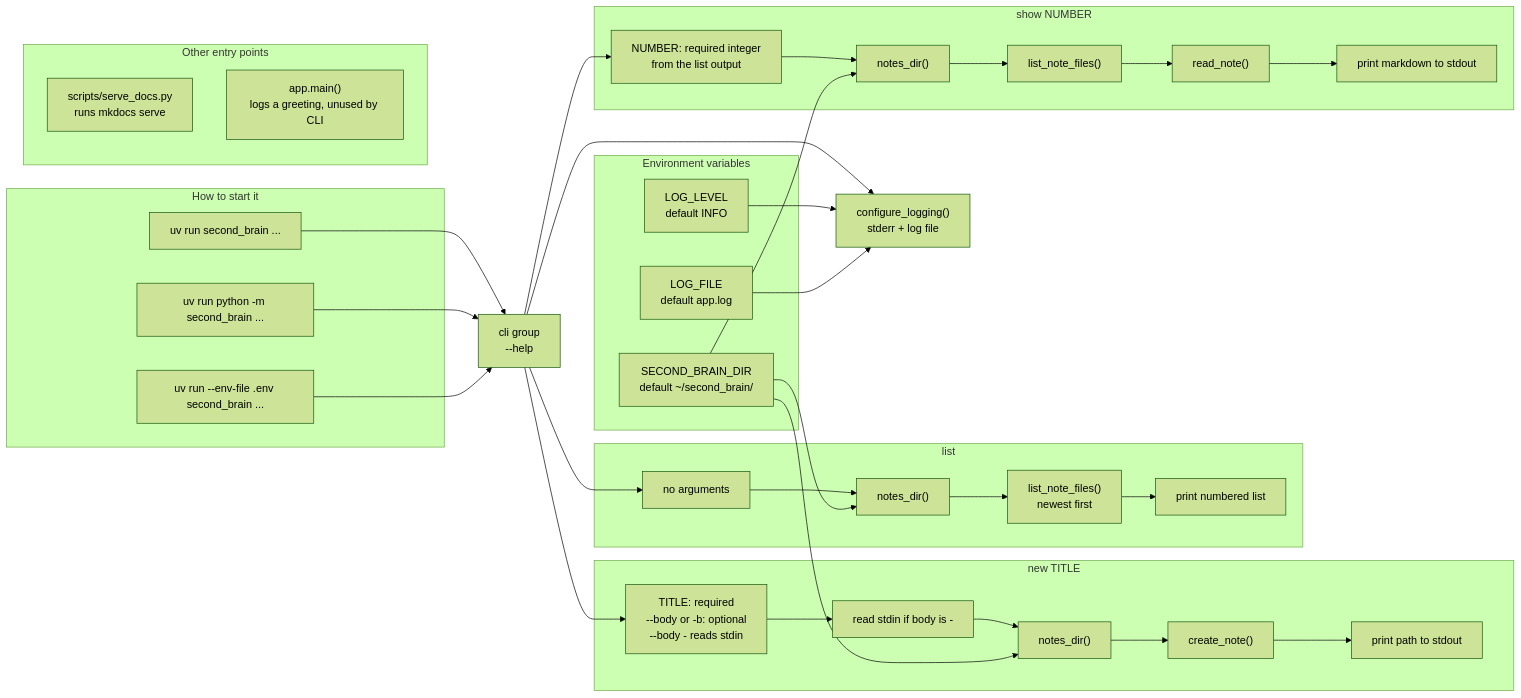
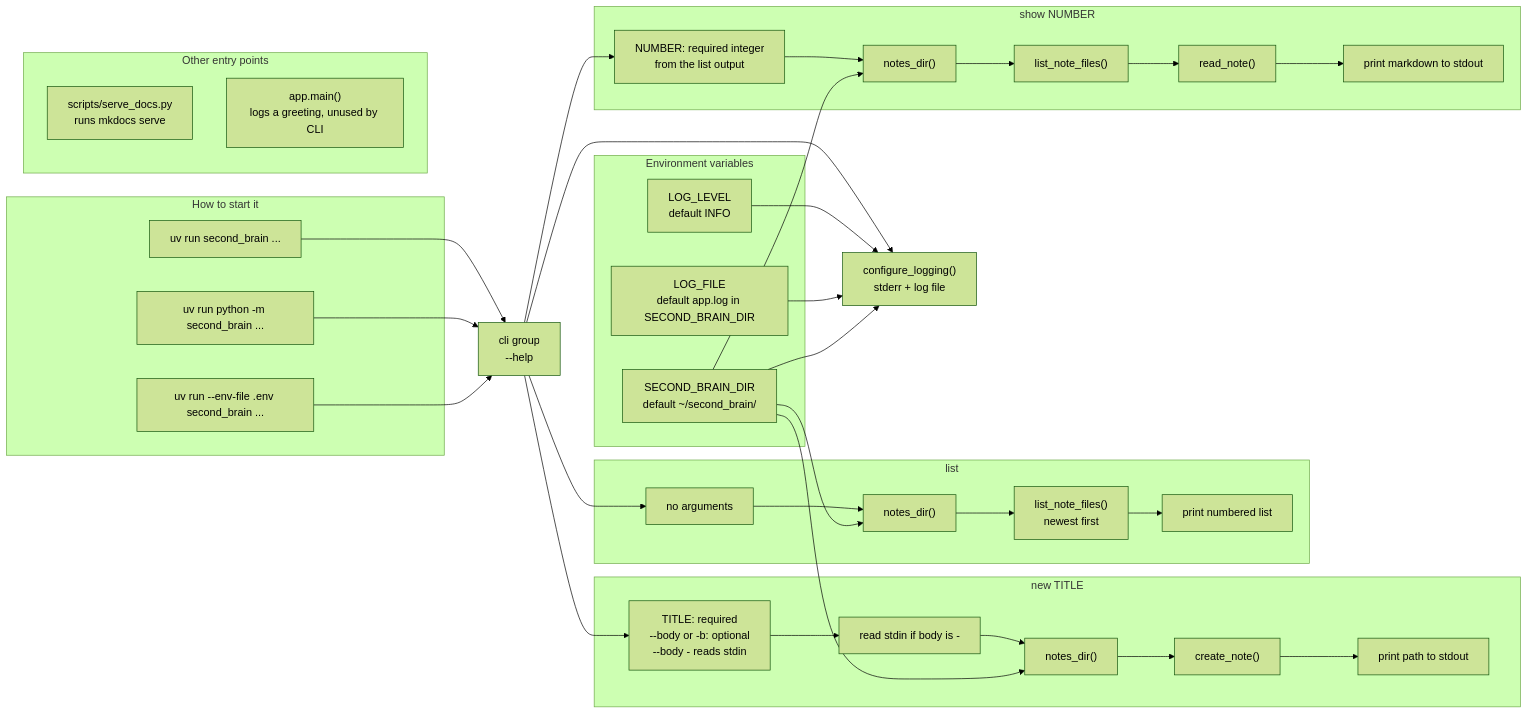
Before and after one commit to gillieo/sb-oct: the second of 3 diagrams in docs/diagrams.md, drawn with Mermaid (forest theme). The commit also changed other lines of this file and 4 other files, not shown here.

First line of the commit message:
docs: describe app.log living in the notes directory

````diff
--- a/docs/diagrams.md
+++ b/docs/diagrams.md
@@ -95,64 +98,65 @@
 ```mermaid
 flowchart LR
     subgraph launch["How to start it"]
         a1["uv run second_brain ..."]
         a2["uv run python -m second_brain ..."]
         a3["uv run --env-file .env second_brain ..."]
     end
 
     subgraph env["Environment variables"]
         e1["SECOND_BRAIN_DIR<br/>default ~/second_brain/"]
         e2["LOG_LEVEL<br/>default INFO"]
-        e3["LOG_FILE<br/>default app.log"]
+        e3["LOG_FILE<br/>default app.log in SECOND_BRAIN_DIR"]
     end
 
     group["cli group<br/>--help"]
     logging["configure_logging()<br/>stderr + log file"]
 
     subgraph new_cmd["new TITLE"]
         n_args["TITLE: required<br/>--body or -b: optional<br/>--body - reads stdin"]
         n1["read stdin if body is -"]
         n2["notes_dir()"]
         n3["create_note()"]
         n4["print path to stdout"]
     end
 
     subgraph list_cmd["list"]
         l_args["no arguments"]
         l1["notes_dir()"]
         l2["list_note_files()<br/>newest first"]
         l3["print numbered list"]
     end
 
     subgraph show_cmd["show NUMBER"]
         s_args["NUMBER: required integer<br/>from the list output"]
         s1["notes_dir()"]
         s2["list_note_files()"]
         s3["read_note()"]
         s4["print markdown to stdout"]
     end
 
     subgraph other["Other entry points"]
         o1["scripts/serve_docs.py<br/>runs mkdocs serve"]
         o2["app.main()<br/>logs a greeting, unused by CLI"]
     end
 
     a1 --> group
     a2 --> group
     a3 --> group
     group --> logging
     e2 --> logging
     e3 --> logging
+    e1 --> logging
 
     group --> n_args
     group --> l_args
     group --> s_args
 
     n_args --> n1 --> n2 --> n3 --> n4
     l_args --> l1 --> l2 --> l3
     s_args --> s1 --> s2 --> s3 --> s4
 
     e1 --> n2
     e1 --> l1
     e1 --> s1
 ```
````
